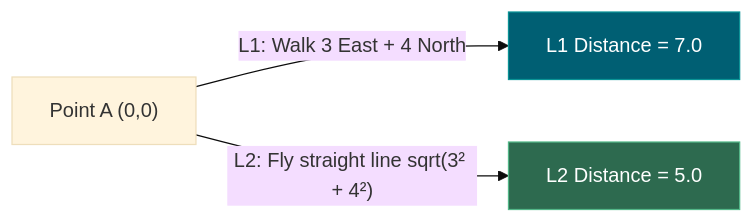
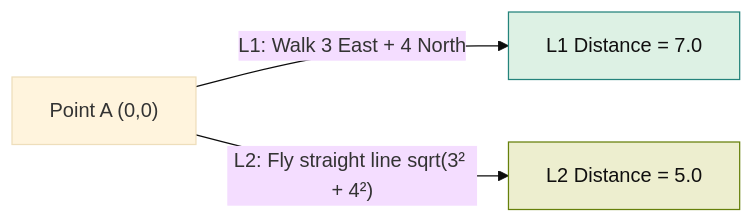
The second of 8 diagrams in course-path/phase-1-math-foundations/01_vectors_vector_spaces_norms.md (madhankumar-chiluveri/ai-ml-course), drawn with Mermaid (base theme) before and after one commit. The commit also changed other lines of this file and 41 other files, not shown here.

````diff
--- a/course-path/phase-1-math-foundations/01_vectors_vector_spaces_norms.md
+++ b/course-path/phase-1-math-foundations/01_vectors_vector_spaces_norms.md
@@ -110,8 +108,9 @@
 ```mermaid
 flowchart LR
     START["Point A (0,0)"] -->|"L1: Walk 3 East + 4 North"| L1["L1 Distance = 7.0"]
     START -->|"L2: Fly straight line sqrt(3² + 4²)"| L2["L2 Distance = 5.0"]
-
-    style L1 fill:#005f73,stroke:#0a9396,color:#fff
-    style L2 fill:#2d6a4f,stroke:#52b788,color:#fff
+    class L1 proc
+    classDef proc fill:#DDF1E4,stroke:#24837B,color:#100F0F
+    class L2 ok
+    classDef ok fill:#EDEECF,stroke:#66800B,color:#100F0F
 ```
````
